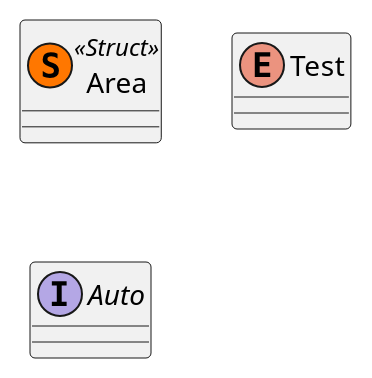
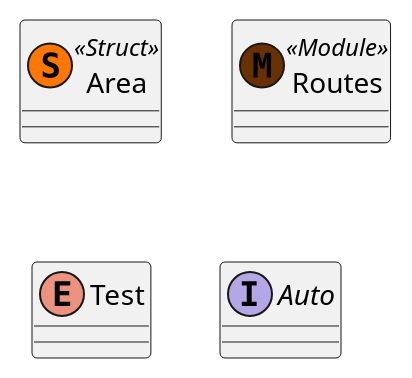
One commit to Martin1088/Plantuml-With-Screenreader changed the diagram in Projekte/Verbis/RustBasic.puml. Above: the diagram before and after it, drawn with PlantUML. The commit also changed 38 other files, not shown here.

```diff
--- a/Projekte/Verbis/RustBasic.puml
+++ b/Projekte/Verbis/RustBasic.puml
@@ -1,6 +1,7 @@
 @startuml
 class Area << (S, #FF7700) Struct>> {}
+class Routes << (M, #6A3100) Module>> {}
 enum Test {}
 interface Auto {}
 
 @enduml
```
